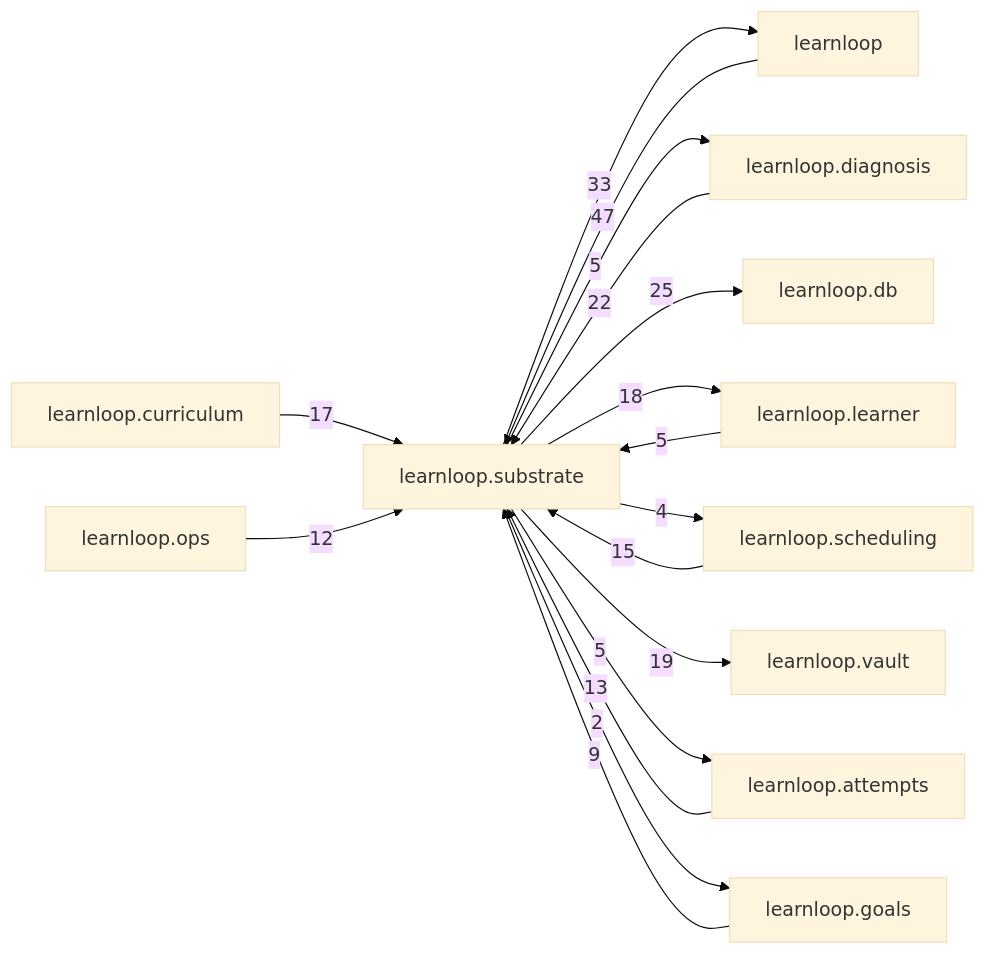
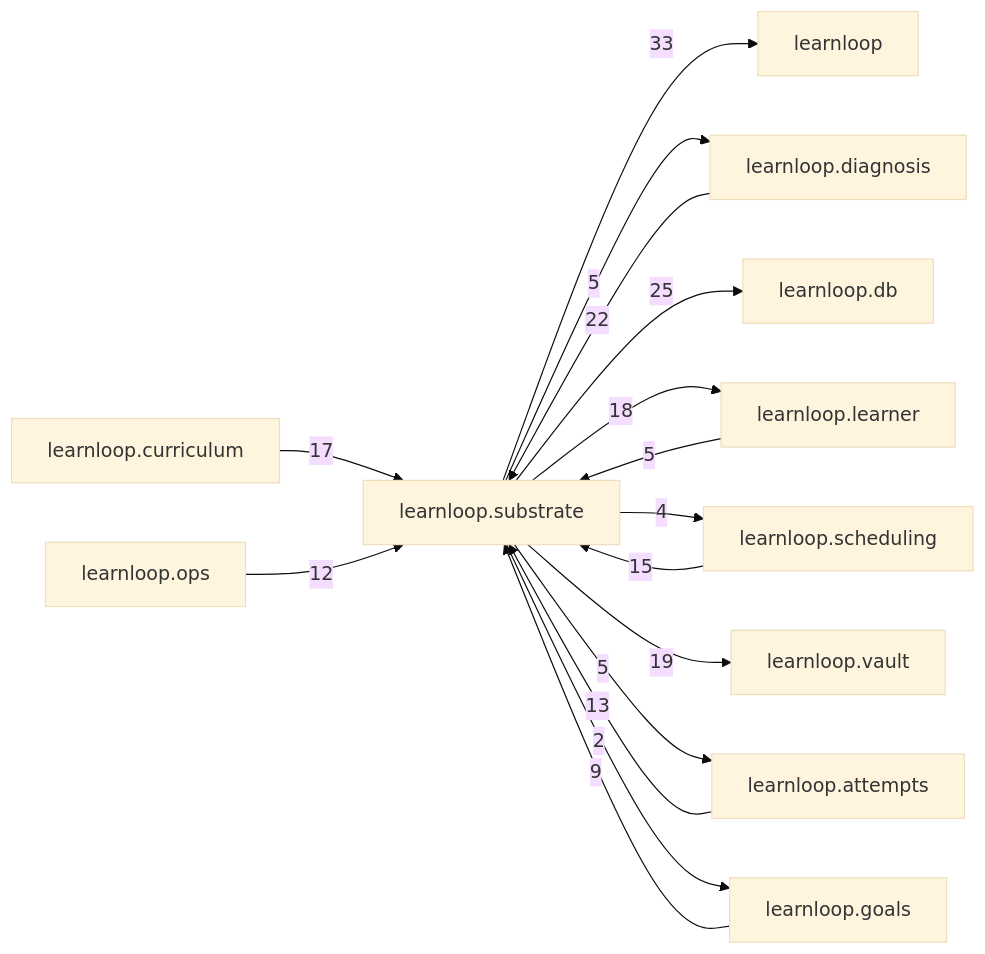
The diagram in docs/learnloop-architecture-vault/Reference/Modules/learnloop/substrate/_package.md (6up-b/learnanything), drawn with Mermaid (base theme) before and after one commit. The commit also changed other lines of this file and 174 other files, not shown here.

````diff
--- a/docs/learnloop-architecture-vault/Reference/Modules/learnloop/substrate/_package.md
+++ b/docs/learnloop-architecture-vault/Reference/Modules/learnloop/substrate/_package.md
@@ -163,30 +162,29 @@
 ```mermaid
 flowchart LR
     center["learnloop.substrate"]
     n_learnloop["learnloop"]
     n_learnloop_diagnosis["learnloop.diagnosis"]
     n_learnloop_db["learnloop.db"]
     n_learnloop_learner["learnloop.learner"]
     n_learnloop_scheduling["learnloop.scheduling"]
     n_learnloop_vault["learnloop.vault"]
     n_learnloop_attempts["learnloop.attempts"]
     n_learnloop_curriculum["learnloop.curriculum"]
     n_learnloop_ops["learnloop.ops"]
     n_learnloop_goals["learnloop.goals"]
-    n_learnloop -->|47| center
     center -->|33| n_learnloop
     n_learnloop_diagnosis -->|22| center
     center -->|5| n_learnloop_diagnosis
     center -->|25| n_learnloop_db
     n_learnloop_learner -->|5| center
     center -->|18| n_learnloop_learner
     n_learnloop_scheduling -->|15| center
     center -->|4| n_learnloop_scheduling
     center -->|19| n_learnloop_vault
     n_learnloop_attempts -->|13| center
     center -->|5| n_learnloop_attempts
     n_learnloop_curriculum -->|17| center
     n_learnloop_ops -->|12| center
     n_learnloop_goals -->|9| center
     center -->|2| n_learnloop_goals
 ```
````
